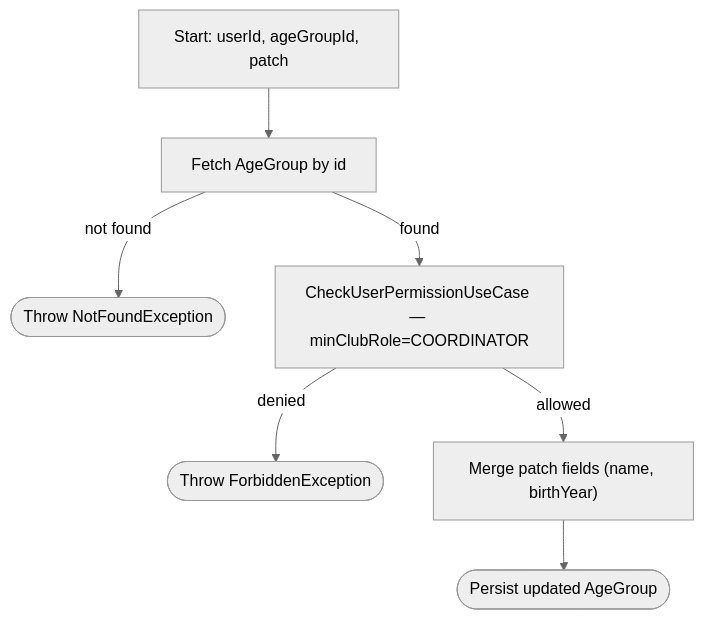
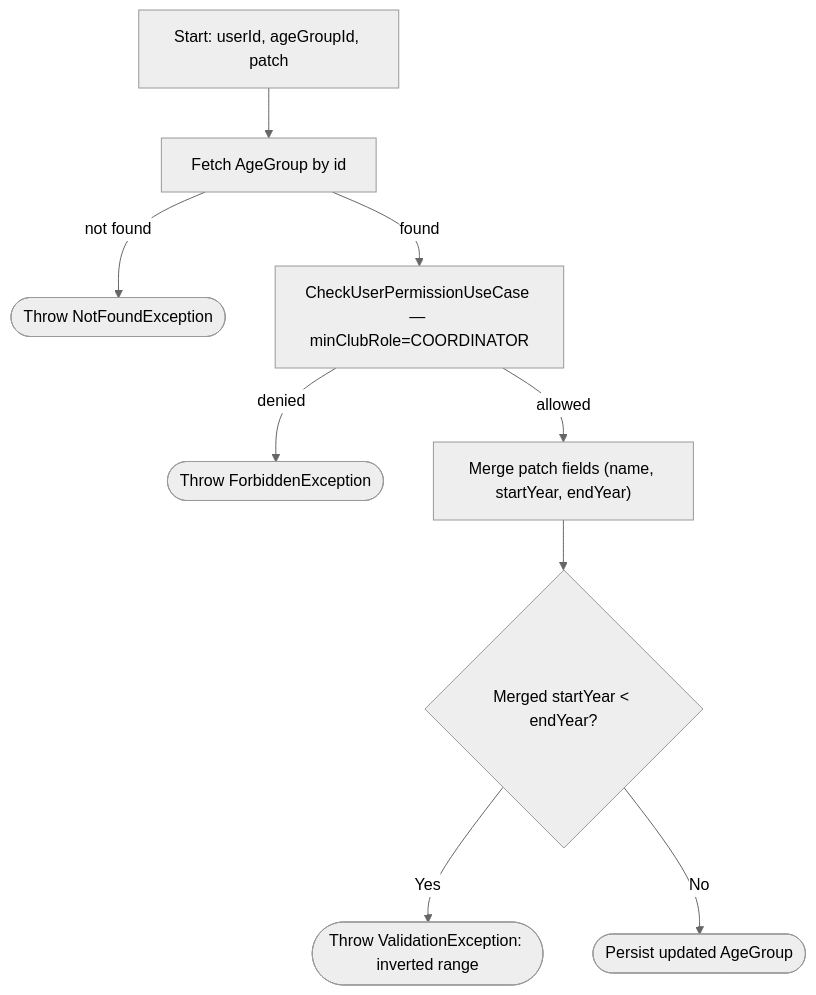
Diagram 18 of 45 in PROCESS_FLOWS.md (ricardofrango/squadify), drawn with Mermaid (neutral theme) before and after one commit. The commit also changed other lines of this file and 39 other files, not shown here.

First line of the commit message:
Support two-year age-group spans for futsal-style cohorts

````diff
--- a/PROCESS_FLOWS.md
+++ b/PROCESS_FLOWS.md
@@ -353,9 +354,11 @@
 ```mermaid
 graph TD
     A[Start: userId, ageGroupId, patch] --> B[Fetch AgeGroup by id]
     B -- not found --> N(["Throw NotFoundException"])
     B -- found --> C[CheckUserPermissionUseCase — minClubRole=COORDINATOR]
     C -- denied --> F(["Throw ForbiddenException"])
-    C -- allowed --> D["Merge patch fields (name, birthYear)"]
-    D --> Z(["Persist updated AgeGroup"])
+    C -- allowed --> D["Merge patch fields (name, startYear, endYear)"]
+    D --> E{Merged startYear < endYear?}
+    E -- Yes --> V(["Throw ValidationException: inverted range"])
+    E -- No --> Z(["Persist updated AgeGroup"])
 ```
````
